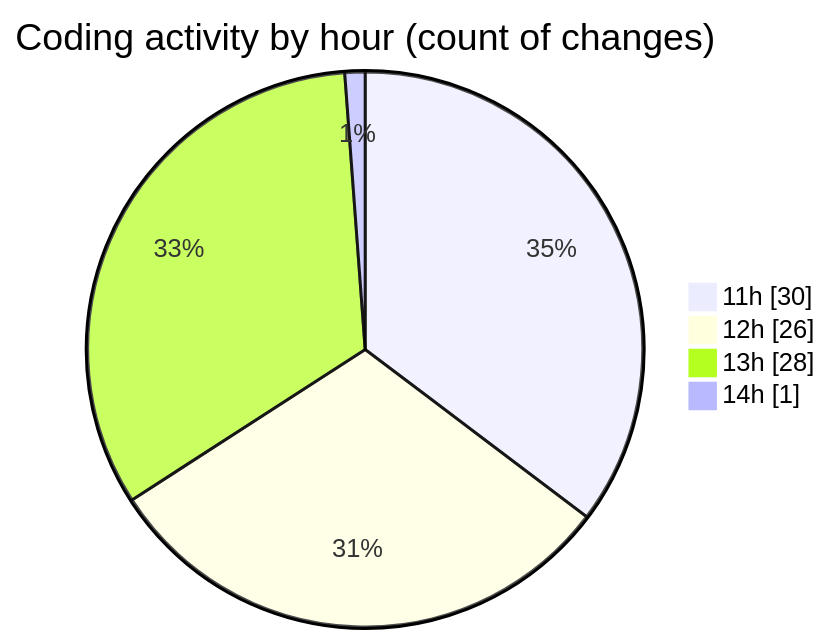
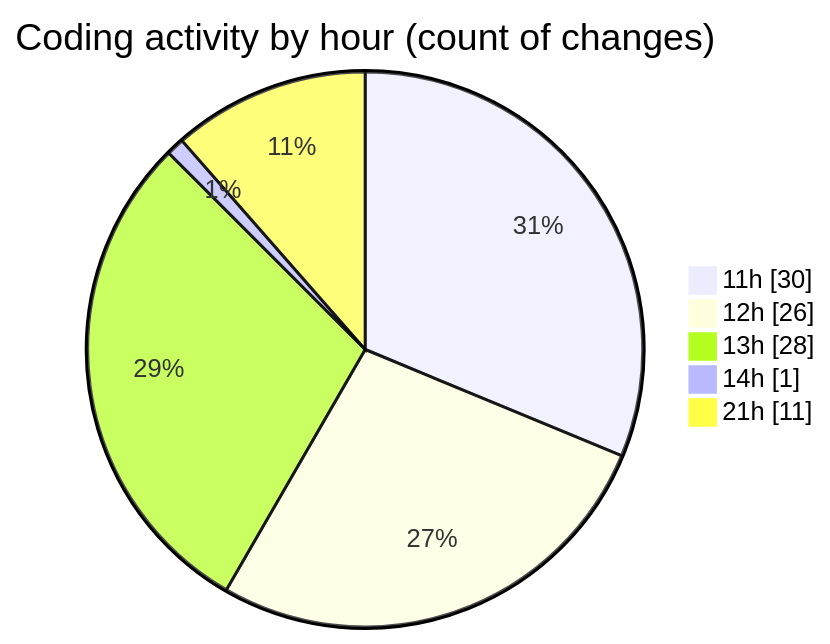
One commit to lephambinh05/code-tracking changed the second of 2 diagrams in 2025-08-25/studybuddy/README.md. Above: the diagram before and after it, drawn with Mermaid. The commit also changed other lines of this file and 1 other file, not shown here.

````diff
--- a/2025-08-25/studybuddy/README.md
+++ b/2025-08-25/studybuddy/README.md
@@ -61,8 +67,9 @@
 ```mermaid
 pie showData
 title Coding activity by hour (count of changes)
 "11h" : 30
 "12h" : 26
 "13h" : 28
 "14h" : 1
+"21h" : 11
 ```
````
